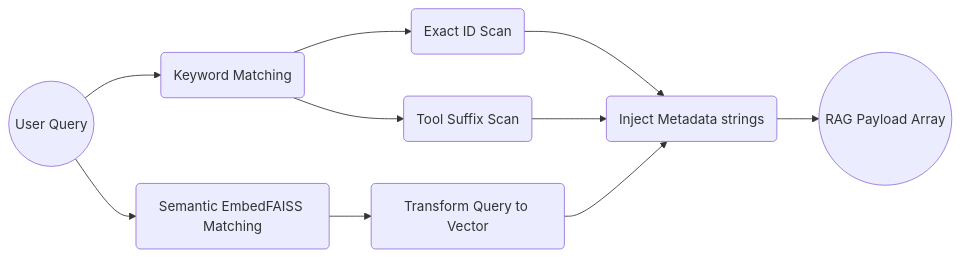
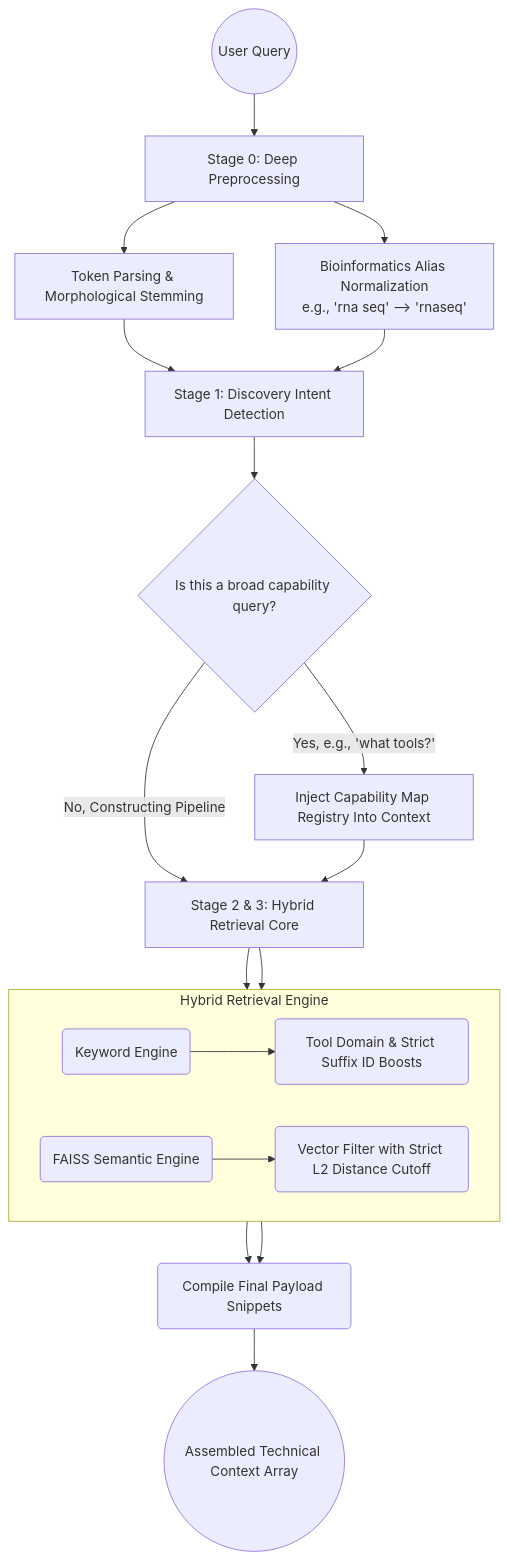
Before and after one commit to Tsailgan/izs-llm: the second of 2 diagrams in app/services/README.md, drawn with Mermaid. The commit also changed other lines of this file and 2 other files, not shown here.

Commit message:
[Chore] Update ReadMe (models, services, and main)

````diff
--- a/app/services/README.md
+++ b/app/services/README.md
@@ -46,12 +47,24 @@
 ```mermaid
-flowchart LR
-    Q((User Query)) --> K(Keyword Matching)
-    Q --> S(Semantic EmbedFAISS Matching)
+flowchart TD
+    Q((User Query)) --> Stage0[Stage 0: Deep Preprocessing]
+    Stage0 --> Morph[Token Parsing & Morphological Stemming]
+    Stage0 --> Alias[Bioinformatics Alias Normalization\ne.g., 'rna seq' --> 'rnaseq']
     
-    K --> E(Exact ID Scan)
-    K --> F(Tool Suffix Scan)
-    S --> V_Query(Transform Query to Vector)
+    Morph & Alias --> Stage1[Stage 1: Discovery Intent Detection]
+    Stage1 --> Detect{Is this a broad capability query?}
     
-    E & F & V_Query --> Compile(Inject Metadata strings)
-    Compile --> Context((RAG Payload Array))
+    Detect -->|Yes, e.g., 'what tools?'| InjectMap[Inject Capability Map Registry Into Context]
+    Detect -->|No, Constructing Pipeline| Hybrid[Stage 2 & 3: Hybrid Retrieval Core]
+    InjectMap --> Hybrid
+    
+    subgraph Hybrid Retrieval Engine
+        direction LR
+        K(Keyword Engine) --> FreqScan(Tool Domain & Strict Suffix ID Boosts)
+        S(FAISS Semantic Engine) --> DistFilter(Vector Filter with Strict L2 Distance Cutoff)
+    end
+    
+    Hybrid --> K
+    Hybrid --> S
+    FreqScan & DistFilter --> Compile(Compile Final Payload Snippets)
+    Compile --> Context((Assembled Technical Context Array))
 ```
````
